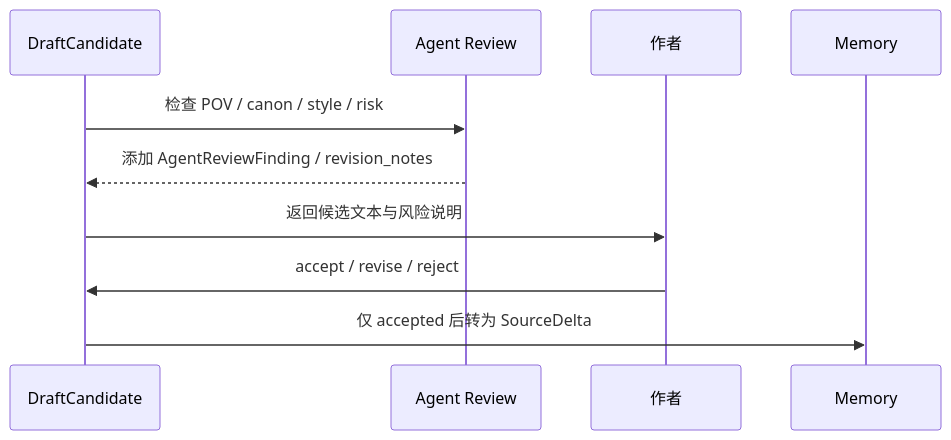
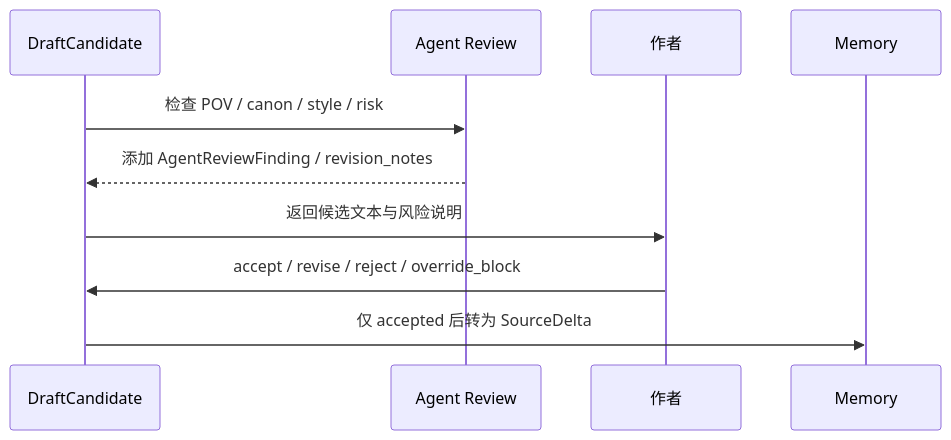
Before and after one commit to FrankQDWang/sextantlabs: the fourth of 5 diagrams in goals/24-draft-candidate-lifecycle.md, drawn with Mermaid. The commit also changed other lines of this file and 13 other files, not shown here.

````diff
--- a/goals/24-draft-candidate-lifecycle.md
+++ b/goals/24-draft-candidate-lifecycle.md
@@ -124,13 +161,13 @@
 ```mermaid
 sequenceDiagram
     participant Draft as DraftCandidate
     participant Review as Agent Review
     participant Author as 作者
     participant Memory as Memory
 
     Draft->>Review: 检查 POV / canon / style / risk
     Review-->>Draft: 添加 AgentReviewFinding / revision_notes
     Draft->>Author: 返回候选文本与风险说明
-    Author->>Draft: accept / revise / reject
+    Author->>Draft: accept / revise / reject / override_block
     Draft->>Memory: 仅 accepted 后转为 SourceDelta
 ```
````
